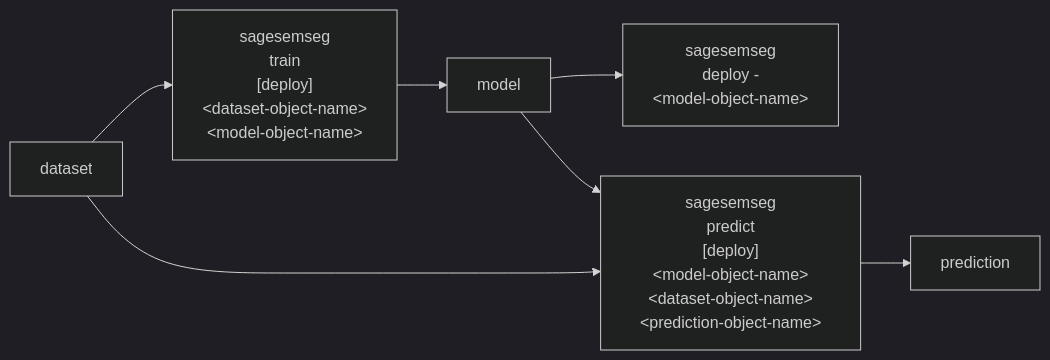
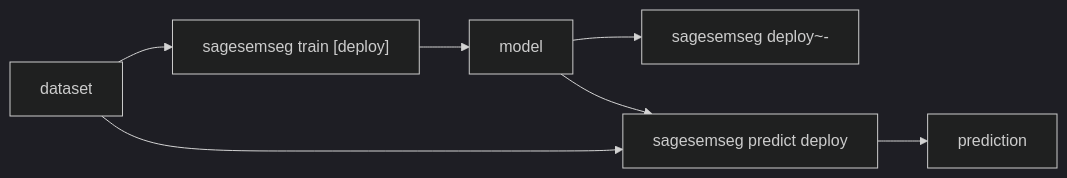
The diagram in blue_sandbox/sagesemseg/template.md (kamangir/blue-sandbox), drawn with Mermaid (dark theme) before and after one commit. The commit also changed 5 other files, not shown here.

Commit message:
mermaid - kamangir/bolt#746

````diff
--- a/blue_sandbox/sagesemseg/template.md
+++ b/blue_sandbox/sagesemseg/template.md
@@ -5,19 +5,19 @@
 ```mermaid
 graph LR
-    train["sagesemseg<br>train<br>[deploy]<br>&lt;dataset-object-name&gt;<br>&lt;model-object-name&gt;"]
-    deploy["sagesemseg<br>deploy -<br>&lt;model-object-name&gt;"]
-    predict["sagesemseg<br>predict<br>[deploy]<br>&lt;model-object-name&gt;&lt;dataset-object-name&gt;&lt;prediction-object-name&gt;"]
+    train["sagesemseg train [deploy] <dataset-object-name> <model-object-name>"]
+    deploy["sagesemseg deploy~- <model-object-name>"]
+    predict["sagesemseg predict deploy <model-object-name> <dataset-object-name> <prediction-object-name>"]
 
     dataset["dataset"]:::folder
     model["model"]:::folder
     prediction["prediction"]:::folder
 
     dataset --> train
     train --> model
 
     model --> deploy
 
     model --> predict
     dataset --> predict
     predict --> prediction
 ```
````
